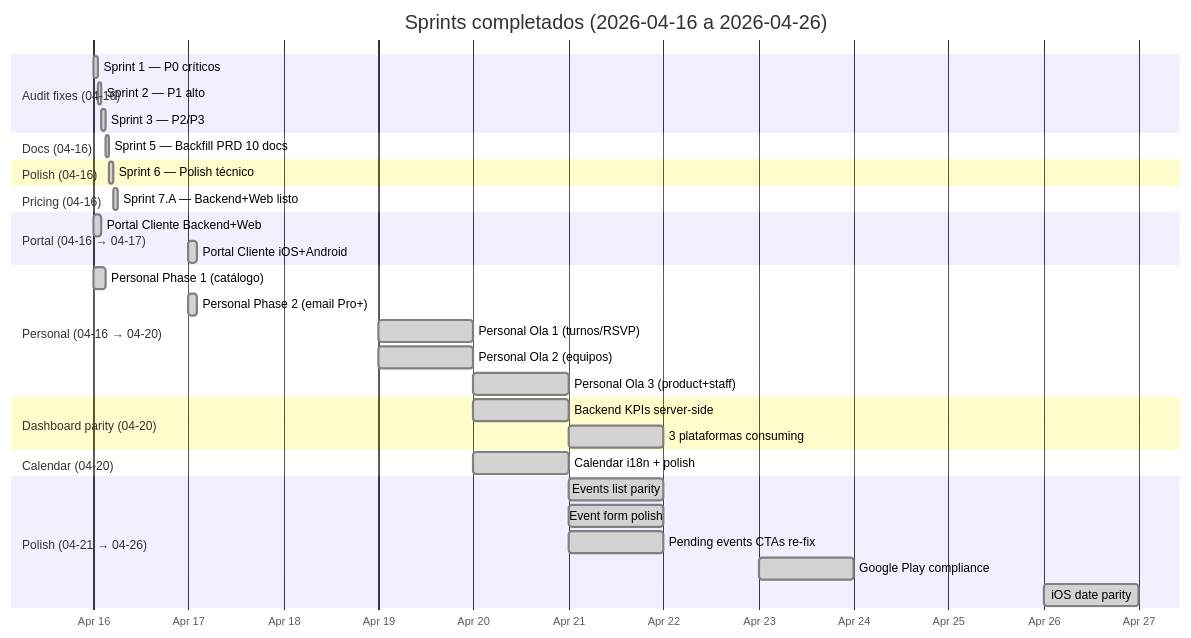
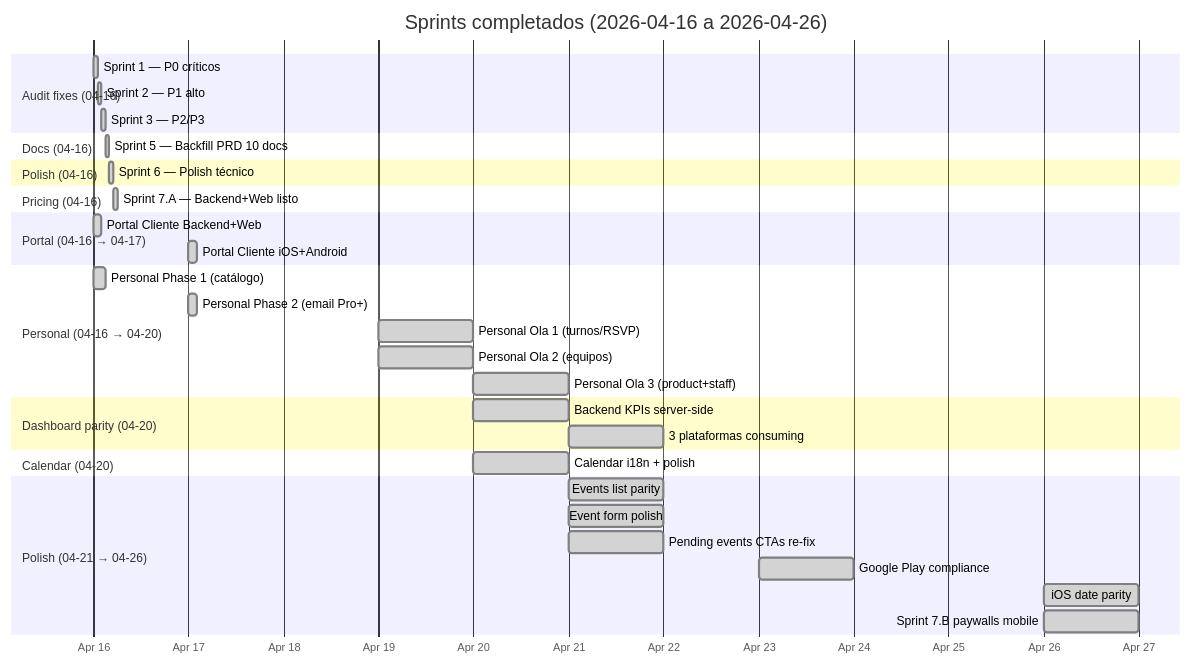
The first of 4 diagrams in obsidian/Solennix/00_DASHBOARD.md (tiagofur/solennix), drawn with Mermaid before and after one commit. The commit also changed other lines of this file and 4 other files, not shown here.

````diff
--- a/obsidian/Solennix/00_DASHBOARD.md
+++ b/obsidian/Solennix/00_DASHBOARD.md
@@ -65,45 +65,46 @@
 ```mermaid
 gantt
     title Sprints completados (2026-04-16 a 2026-04-26)
     dateFormat  YYYY-MM-DD
     axisFormat  %b %d
 
     section Audit fixes (04-16)
     Sprint 1 — P0 críticos         :done, s1, 2026-04-16, 1h
     Sprint 2 — P1 alto             :done, s2, after s1, 1h
     Sprint 3 — P2/P3               :done, s3, after s2, 1h
 
     section Docs (04-16)
     Sprint 5 — Backfill PRD 10 docs :done, s5, after s3, 1h
 
     section Polish (04-16)
     Sprint 6 — Polish técnico      :done, s6, after s5, 1h
 
     section Pricing (04-16)
     Sprint 7.A — Backend+Web listo :done, s7a, after s6, 1h
 
     section Portal (04-16 → 04-17)
     Portal Cliente Backend+Web     :done, pcl, 2026-04-16, 2h
     Portal Cliente iOS+Android     :done, pclm, 2026-04-17, 2h
 
     section Personal (04-16 → 04-20)
     Personal Phase 1 (catálogo)    :done, p1, 2026-04-16, 3h
     Personal Phase 2 (email Pro+)  :done, p2, 2026-04-17, 2h
     Personal Ola 1 (turnos/RSVP)   :done, o1, 2026-04-19, 1d
     Personal Ola 2 (equipos)       :done, o2, 2026-04-19, 1d
     Personal Ola 3 (product+staff) :done, o3, 2026-04-20, 1d
 
     section Dashboard parity (04-20)
     Backend KPIs server-side       :done, dk, 2026-04-20, 1d
     3 plataformas consuming        :done, dka, after dk, 1d
 
     section Calendar (04-20)
     Calendar i18n + polish         :done, ci, 2026-04-20, 1d
 
     section Polish (04-21 → 04-26)
     Events list parity             :done, el, 2026-04-21, 1d
     Event form polish              :done, ef, 2026-04-21, 1d
     Pending events CTAs re-fix     :done, pe, 2026-04-21, 1d
     Google Play compliance         :done, gp, 2026-04-23, 1d
     iOS date parity                :done, dp, 2026-04-26, 1d
+    Sprint 7.B paywalls mobile     :done, sb, 2026-04-26, 1d
 ```
````
